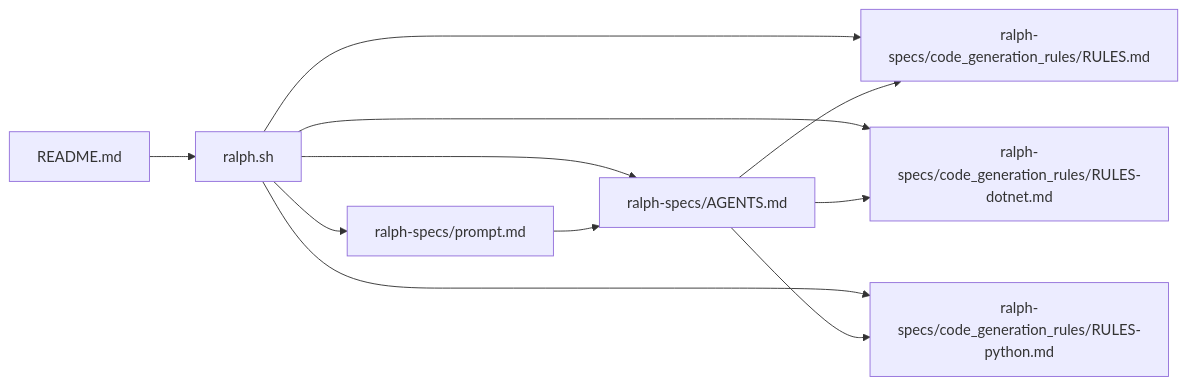
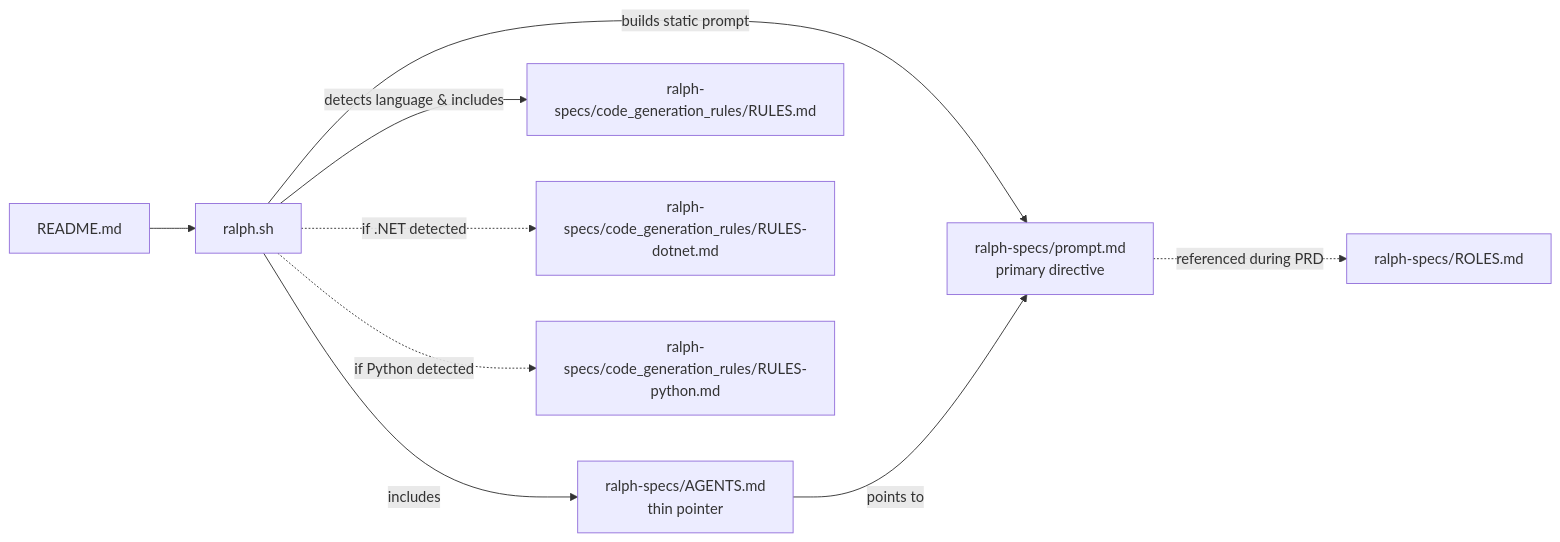
The diagram in README.md (blixgardhn/ralph), drawn with Mermaid before and after one commit. The commit also changed other lines of this file and 10 other files, not shown here.

````diff
--- a/README.md
+++ b/README.md
@@ -177,21 +181,20 @@
 ```mermaid
 graph LR
   README[README.md]
   RALPH_SH[ralph.sh]
-  AGENTS[ralph-specs/AGENTS.md]
-  PROMPT[ralph-specs/prompt.md]
+  AGENTS[ralph-specs/AGENTS.md<br/>thin pointer]
+  PROMPT[ralph-specs/prompt.md<br/>primary directive]
   RULES_MD[ralph-specs/code_generation_rules/RULES.md]
   RULES_DOTNET[ralph-specs/code_generation_rules/RULES-dotnet.md]
   RULES_PY[ralph-specs/code_generation_rules/RULES-python.md]
+  ROLES[ralph-specs/ROLES.md]
 
   README --> RALPH_SH
-  RALPH_SH --> PROMPT
-  RALPH_SH --> AGENTS
-  RALPH_SH --> RULES_MD
-  RALPH_SH --> RULES_DOTNET
-  RALPH_SH --> RULES_PY
-  AGENTS --> RULES_MD
-  AGENTS --> RULES_DOTNET
-  AGENTS --> RULES_PY
-  PROMPT --> AGENTS
+  RALPH_SH -->|builds static prompt| PROMPT
+  RALPH_SH -->|includes| AGENTS
+  RALPH_SH -->|detects language & includes| RULES_MD
+  RALPH_SH -.->|if .NET detected| RULES_DOTNET
+  RALPH_SH -.->|if Python detected| RULES_PY
+  AGENTS -->|points to| PROMPT
+  PROMPT -.->|referenced during PRD| ROLES
 ```
````
